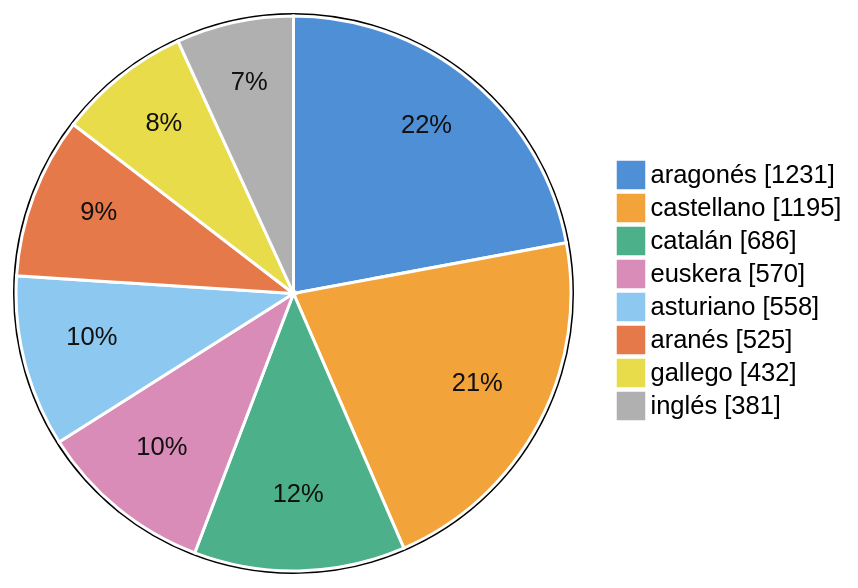
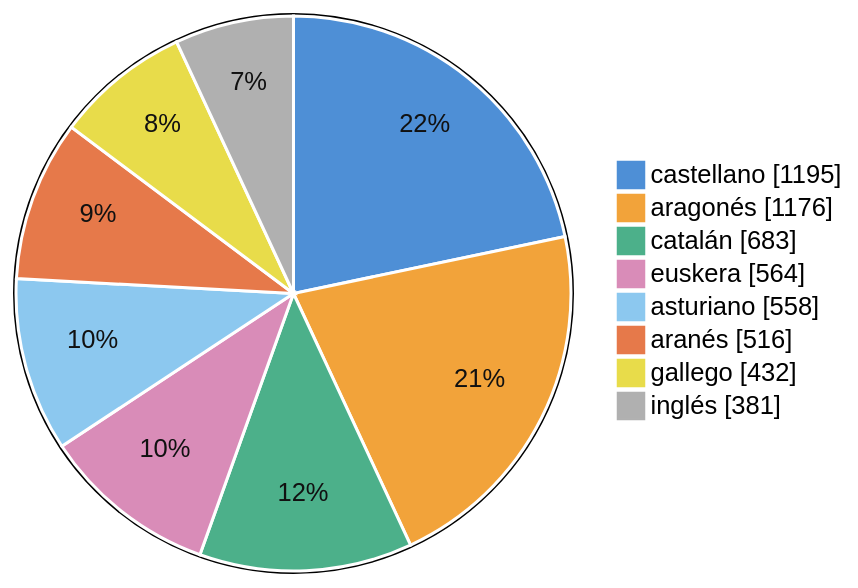
Before and after one commit to alertapublica/territorios-es: the third of 6 diagrams in docs/estado.md, drawn with Mermaid. The commit also changed other lines of this file and 7 other files, not shown here.

````diff
--- a/docs/estado.md
+++ b/docs/estado.md
@@ -99,13 +99,13 @@
 ```mermaid
 %%{init: {"themeVariables": {"pie1": "#4e8fd6", "pie2": "#f2a33a", "pie3": "#4cb08a", "pie4": "#d98cb8", "pie5": "#8cc8ef", "pie6": "#e6794a", "pie7": "#e8dc4a", "pie8": "#b0b0b0", "pieSectionTextColor": "#111111", "pieStrokeColor": "#ffffff", "pieOpacity": "1"}}}%%
 pie showData
   accTitle: Nombres por idioma de Wikidata (todos los territorios)
-  "aragonés" : 1231
   "castellano" : 1195
-  "catalán" : 686
-  "euskera" : 570
+  "aragonés" : 1176
+  "catalán" : 683
+  "euskera" : 564
   "asturiano" : 558
-  "aranés" : 525
+  "aranés" : 516
   "gallego" : 432
   "inglés" : 381
 ```
````
